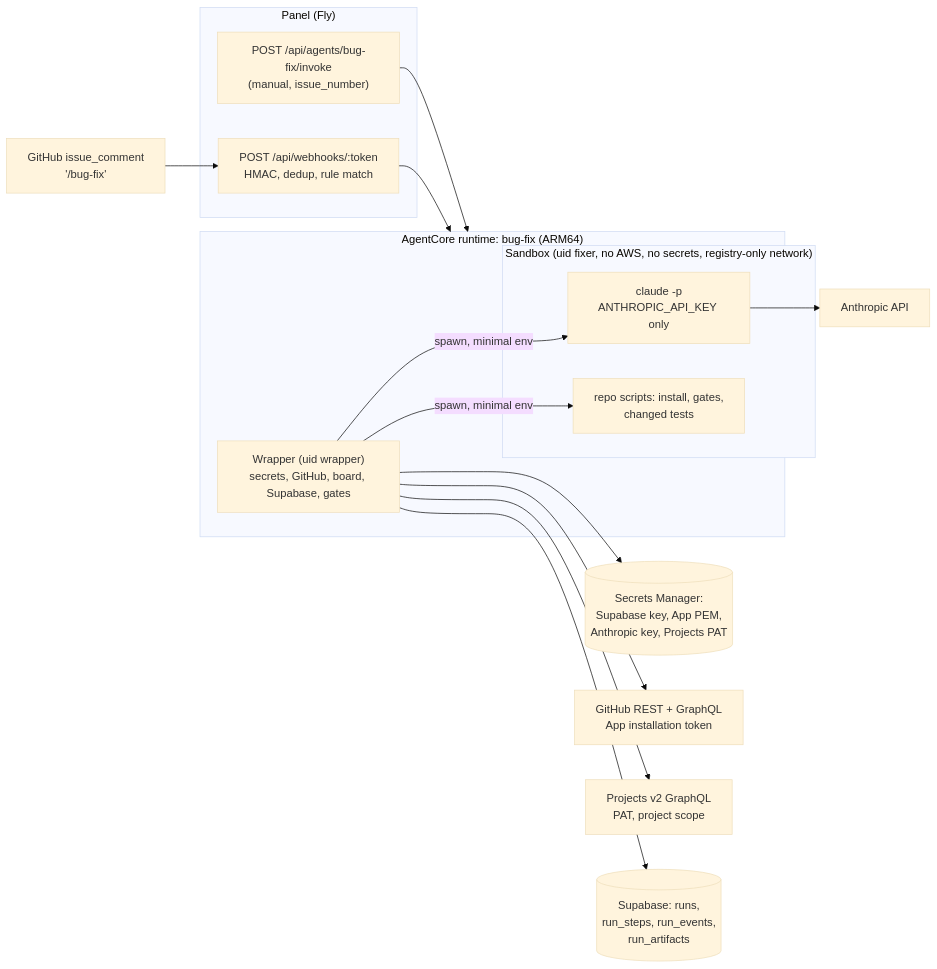
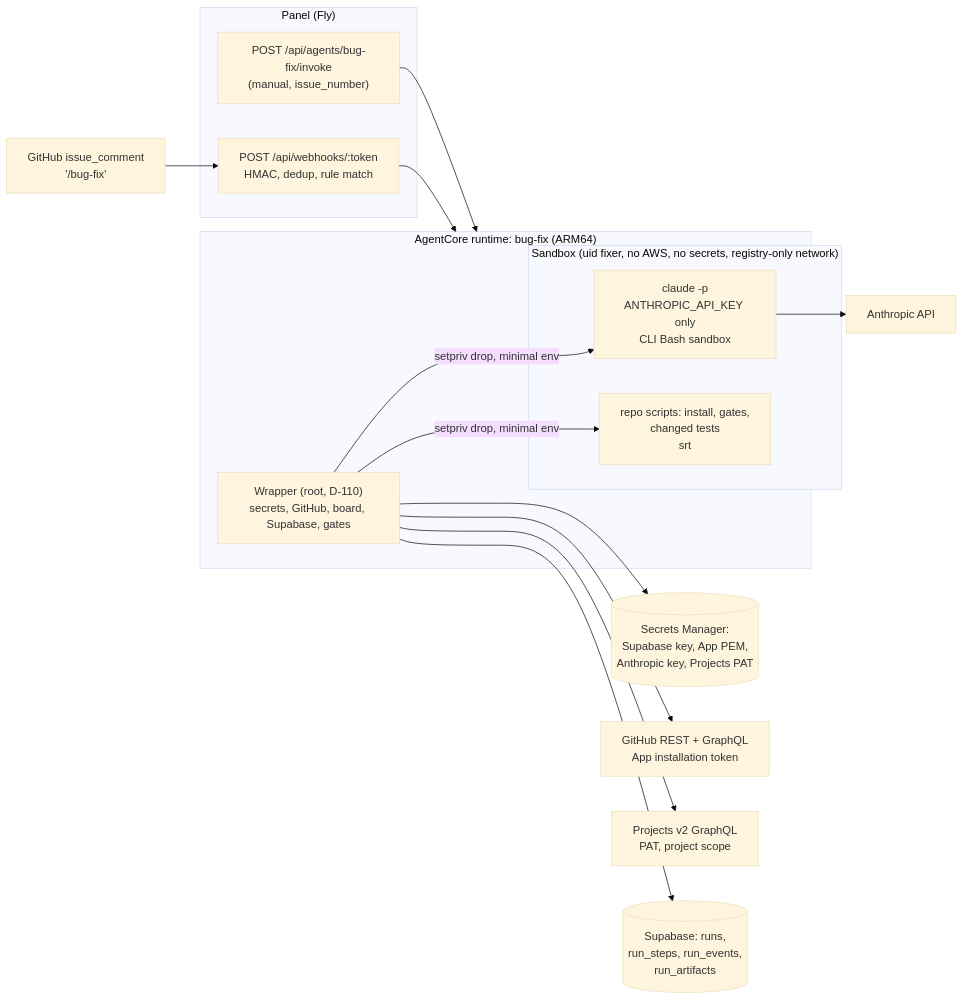
The first of 3 diagrams in workstream/specification-prd-bug-fix-agent.md (llipe/dev-tasks-agent-fleet), drawn with Mermaid (base theme) before and after one commit. The commit also changed other lines of this file and 2 other files, not shown here.

````diff
--- a/workstream/specification-prd-bug-fix-agent.md
+++ b/workstream/specification-prd-bug-fix-agent.md
@@ -56,24 +59,24 @@
 ```mermaid
 flowchart LR
     GH0["GitHub issue_comment<br/>'/bug-fix'"] --> WE
     subgraph Panel["Panel (Fly)"]
       WE["POST /api/webhooks/:token<br/>HMAC, dedup, rule match"]
       I["POST /api/agents/bug-fix/invoke<br/>(manual, issue_number)"]
     end
     WE --> RT
     I --> RT
     subgraph RT["AgentCore runtime: bug-fix (ARM64)"]
-      W["Wrapper (uid wrapper)<br/>secrets, GitHub, board, Supabase, gates"]
+      W["Wrapper (root, D-110)<br/>secrets, GitHub, board, Supabase, gates"]
       subgraph SB["Sandbox (uid fixer, no AWS, no secrets, registry-only network)"]
-        C["claude -p<br/>ANTHROPIC_API_KEY only"]
-        G["repo scripts: install, gates,<br/>changed tests"]
+        C["claude -p<br/>ANTHROPIC_API_KEY only<br/>CLI Bash sandbox"]
+        G["repo scripts: install, gates,<br/>changed tests<br/>srt"]
       end
-      W -- spawn, minimal env --> C
-      W -- spawn, minimal env --> G
+      W -- setpriv drop, minimal env --> C
+      W -- setpriv drop, minimal env --> G
     end
     W --> SM[(Secrets Manager:<br/>Supabase key, App PEM,<br/>Anthropic key, Projects PAT)]
     W --> GH[GitHub REST + GraphQL<br/>App installation token]
     W --> PJ[Projects v2 GraphQL<br/>PAT, project scope]
     W --> DB[(Supabase: runs,<br/>run_steps, run_events,<br/>run_artifacts)]
     C --> AN[Anthropic API]
 ```
````
